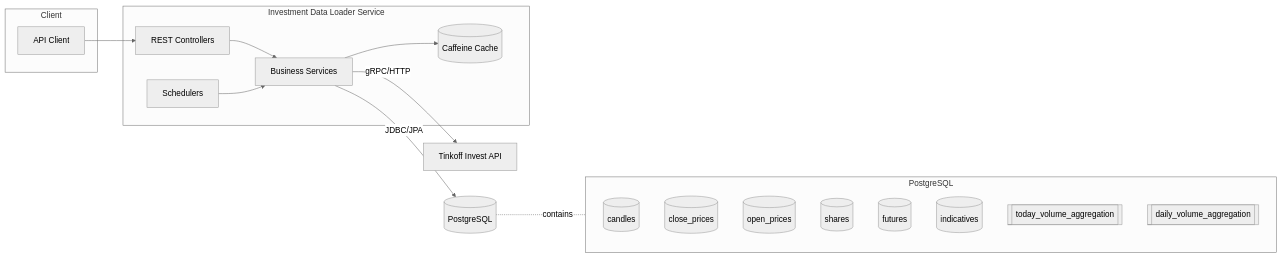
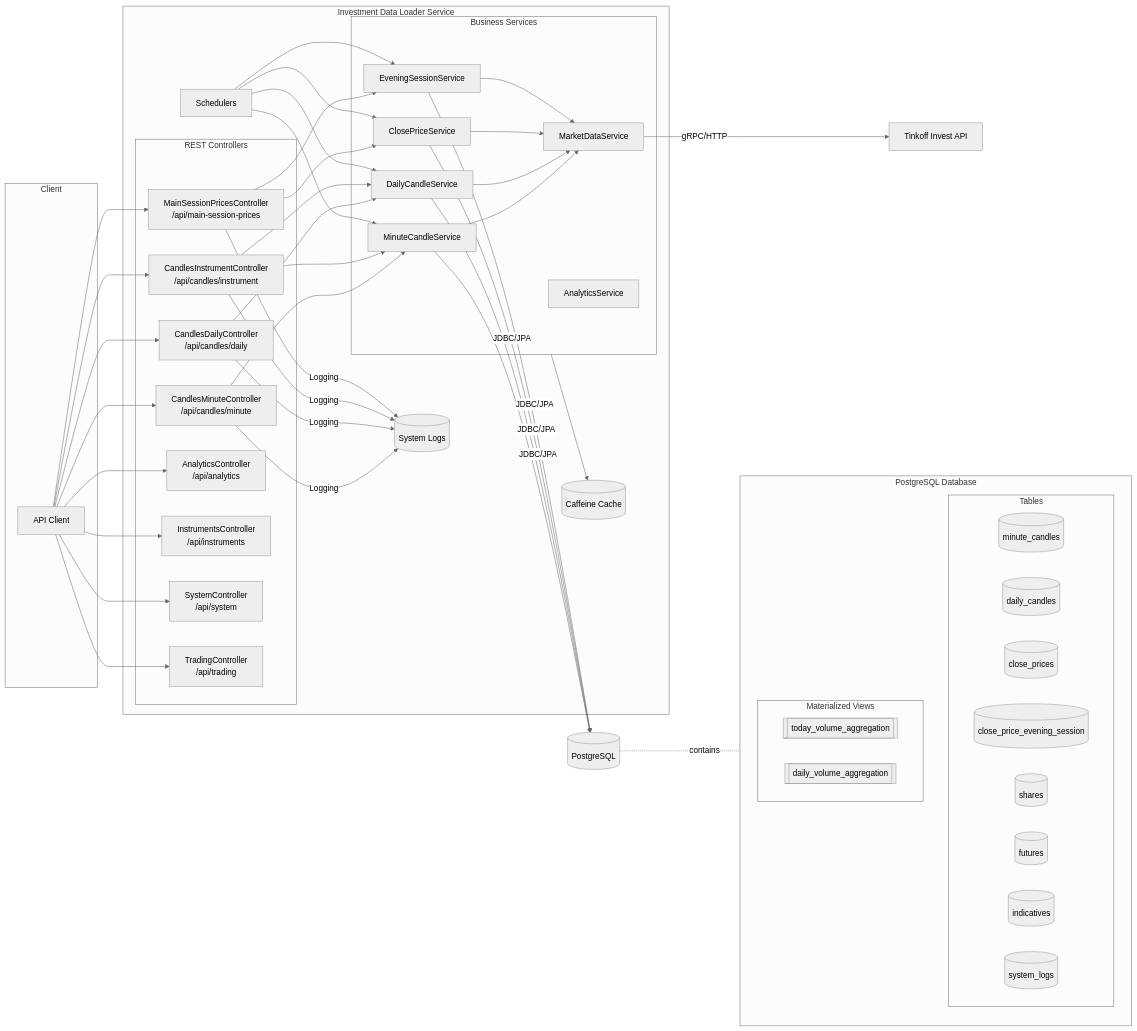
Before and after one commit to Vasilek1993111/InvestmentDataLoaderService: the first of 5 diagrams in docs/diagrams/architecture.md, drawn with Mermaid (neutral theme). The commit also changed other lines of this file and 30 other files, not shown here.

```diff
--- a/docs/diagrams/architecture.md
+++ b/docs/diagrams/architecture.md
@@ -7,28 +7,85 @@
   end
 
   subgraph Service[Investment Data Loader Service]
-    Controllers[REST Controllers]
-    Services[Business Services]
+    subgraph Controllers[REST Controllers]
+      MSPC[MainSessionPricesController<br/>/api/main-session-prices]
+      CM[CandlesMinuteController<br/>/api/candles/minute]
+      CD[CandlesDailyController<br/>/api/candles/daily]
+      CI[CandlesInstrumentController<br/>/api/candles/instrument]
+      AC[AnalyticsController<br/>/api/analytics]
+      IC[InstrumentsController<br/>/api/instruments]
+      SC[SystemController<br/>/api/system]
+      TC[TradingController<br/>/api/trading]
+    end
+    
+    subgraph Services[Business Services]
+      MCS[MinuteCandleService]
+      DCS[DailyCandleService]
+      MDS[MarketDataService]
+      CPS[ClosePriceService]
+      ESS[EveningSessionService]
+      AS[AnalyticsService]
+    end
+    
     Scheduler[Schedulers]
     Cache[(Caffeine Cache)]
+    Logs[(System Logs)]
   end
 
-  Postman --> Controllers
-  Controllers --> Services
-  Scheduler --> Services
-  Services -->|JDBC/JPA| DB[(PostgreSQL)]
-  Services -->|gRPC/HTTP| Tinkoff[Tinkoff Invest API]
+  Postman --> MSPC
+  Postman --> CM
+  Postman --> CD
+  Postman --> CI
+  Postman --> AC
+  Postman --> IC
+  Postman --> SC
+  Postman --> TC
+  
+  MSPC --> CPS
+  MSPC --> ESS
+  CM --> MCS
+  CD --> DCS
+  CI --> MCS
+  CI --> DCS
+  MCS --> MDS
+  DCS --> MDS
+  CPS --> MDS
+  ESS --> MDS
+  
+  Scheduler --> MCS
+  Scheduler --> DCS
+  Scheduler --> CPS
+  Scheduler --> ESS
+  
+  MCS -->|JDBC/JPA| DB[(PostgreSQL)]
+  DCS -->|JDBC/JPA| DB
+  CPS -->|JDBC/JPA| DB
+  ESS -->|JDBC/JPA| DB
+  MDS -->|gRPC/HTTP| Tinkoff[Tinkoff Invest API]
+  
+  CM -->|Logging| Logs
+  CD -->|Logging| Logs
+  CI -->|Logging| Logs
+  MSPC -->|Logging| Logs
+  
   Services --> Cache
 
-  subgraph DBDetails[PostgreSQL]
-    Candles[(candles)]
-    Close[(close_prices)]
-    Open[(open_prices)]
-    Shares[(shares)]
-    Futures[(futures)]
-    Indicatives[(indicatives)]
-    MvToday[[today_volume_aggregation]]
-    MvDaily[[daily_volume_aggregation]]
+  subgraph DBDetails[PostgreSQL Database]
+    subgraph Tables[Tables]
+      MC[(minute_candles)]
+      DC[(daily_candles)]
+      CP[(close_prices)]
+      CPES[(close_price_evening_session)]
+      S[(shares)]
+      F[(futures)]
+      I[(indicatives)]
+      SL[(system_logs)]
+    end
+    
+    subgraph Views[Materialized Views]
+      MvToday[[today_volume_aggregation]]
+      MvDaily[[daily_volume_aggregation]]
+    end
   end
 
   DB -. contains .- DBDetails
```
